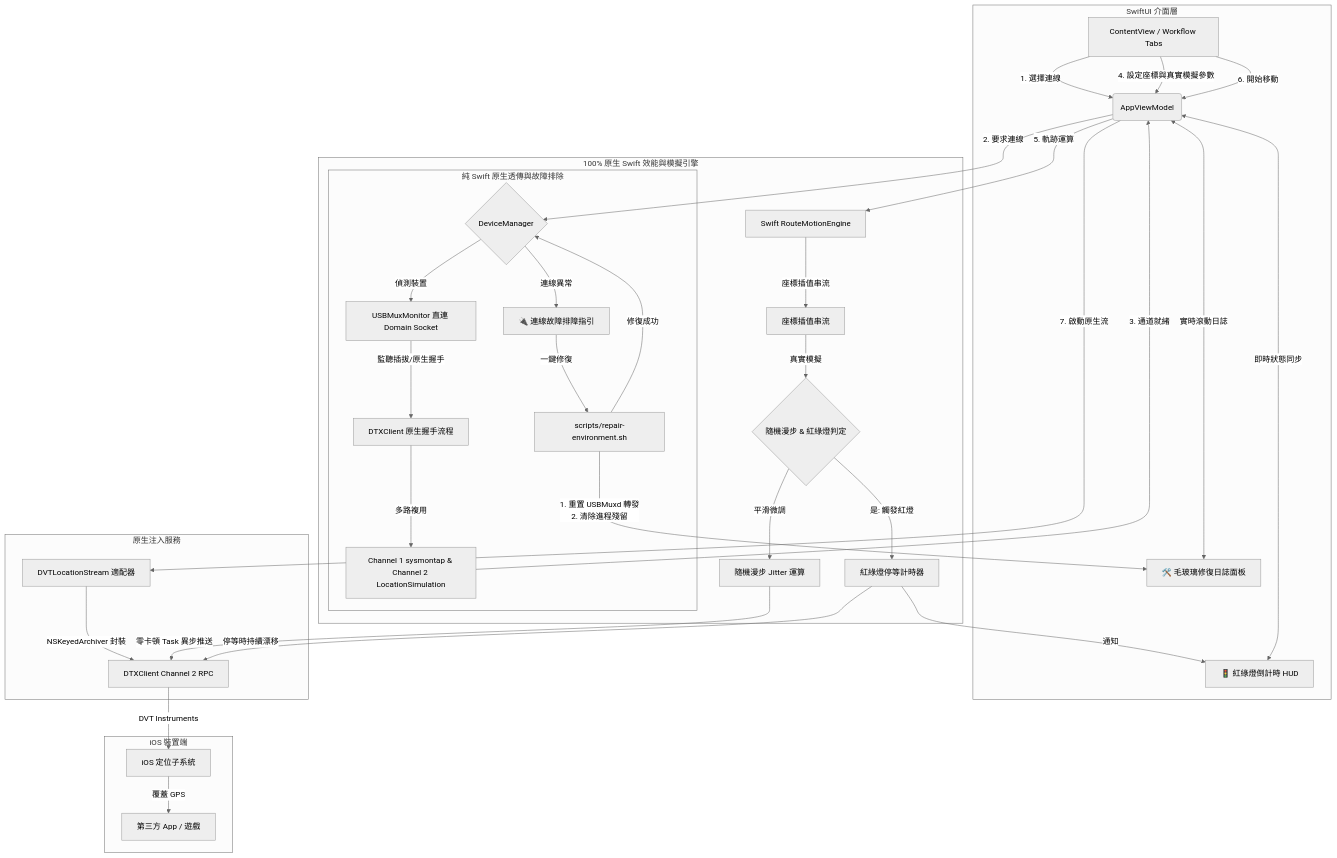
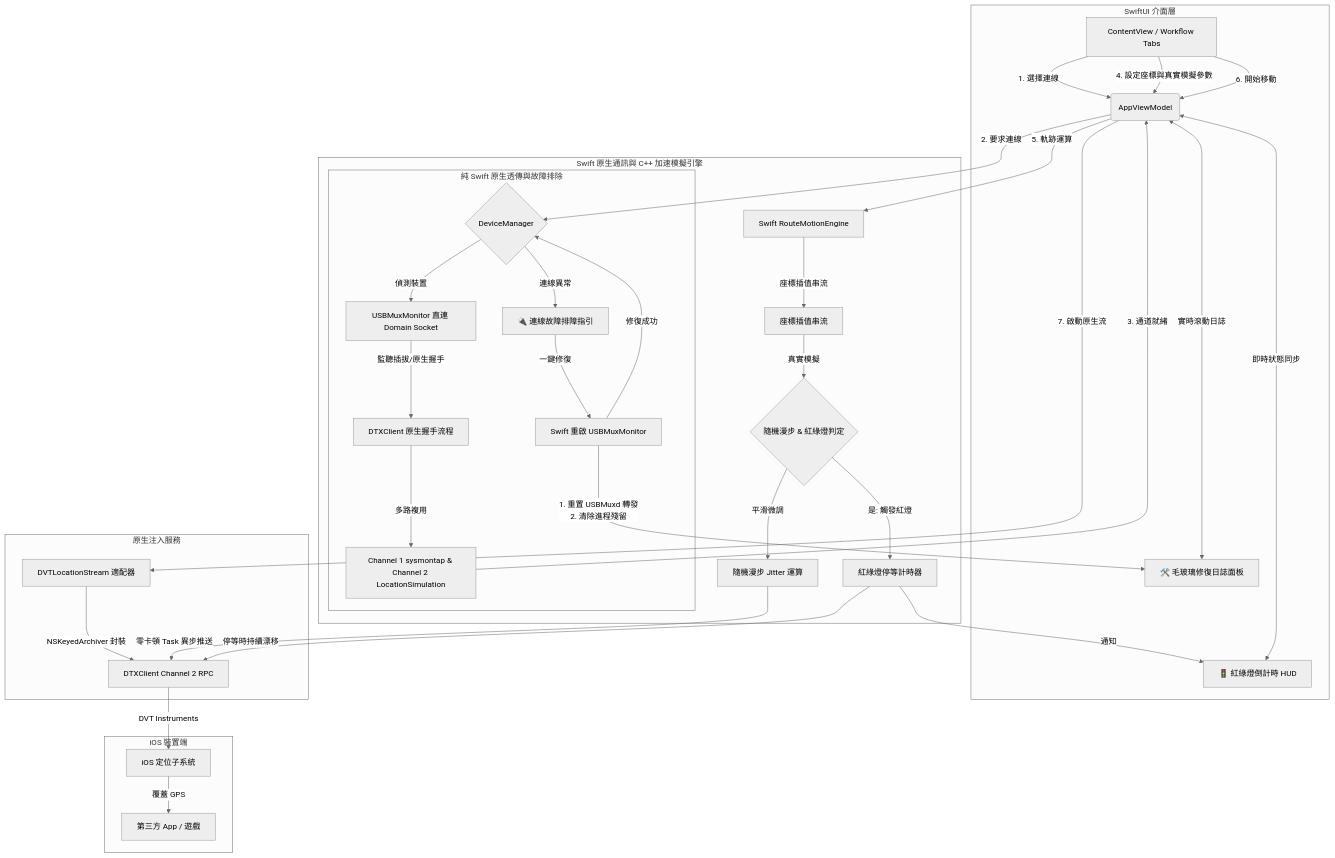
The diagram in README.md (yusenhan/flyflyfly), drawn with Mermaid (neutral theme) before and after one commit. The commit also changed other lines of this file and 11 other files, not shown here.

````diff
--- a/README.md
+++ b/README.md
@@ -51,48 +51,48 @@
 ```mermaid
 graph TD
     %% 角色定義
     subgraph UI_Layer [SwiftUI 介面層]
         A[ContentView / Workflow Tabs] -->|1. 選擇連線| B(AppViewModel)
         A -->|4. 設定座標與真實模擬參數| B
         A -->|6. 開始移動| B
         Z[🚦 紅綠燈倒計時 HUD] <-->|即時狀態同步| B
         Y[🛠️ 毛玻璃修復日誌面板] <-->|實時滾動日誌| B
     end
 
-    subgraph Logic_Layer [100% 原生 Swift 效能與模擬引擎]
+    subgraph Logic_Layer [Swift 原生通訊與 C++ 加速模擬引擎]
         B -->|2. 要求連線| C{DeviceManager}
         B -->|5. 軌跡運算| J[Swift RouteMotionEngine]
         J -->|座標插值串流| K[座標插值串流]
         
         %% 防作弊模擬
         K -->|真實模擬| P{隨機漫步 & 紅綠燈判定}
         P -->|是: 觸發紅燈| PA[紅綠燈停等計時器]
         PA -->|通知| Z
         P -->|平滑微調| PB[隨機漫步 Jitter 運算]
         
         subgraph Connection_Process [純 Swift 原生透傳與故障排除]
             C -->|偵測裝置| D[USBMuxMonitor 直連 Domain Socket]
             D -->|監聽插拔/原生握手| G[DTXClient 原生握手流程]
             G -->|多路複用| I[Channel 1 sysmontap & Channel 2 LocationSimulation]
             
             %% 一鍵自癒
             C -->|連線異常| Q[🔌 連線故障排障指引]
-            Q -->|一鍵修復| R[scripts/repair-environment.sh]
+            Q -->|一鍵修復| R[Swift 重啟 USBMuxMonitor]
             R -->|1. 重置 USBMuxd 轉發<br>2. 清除進程殘留| Y
             R -->|修復成功| C
         end
     end
 
     subgraph Native_Service [原生注入服務]
         I -->|3. 通道就緒| B
         B -->|7. 啟動原生流| L[DVTLocationStream 適配器]
         L -->|NSKeyedArchiver 封裝| M[DTXClient Channel 2 RPC]
         PB -->|零卡頓 Task 異步推送| M
         PA -->|停等時持續漂移| M
     end
 
     subgraph iOS_Device [iOS 裝置端]
         M -->|DVT Instruments| N[iOS 定位子系統]
         N -->|覆蓋 GPS| O[第三方 App / 遊戲]
     end
 ```
````
